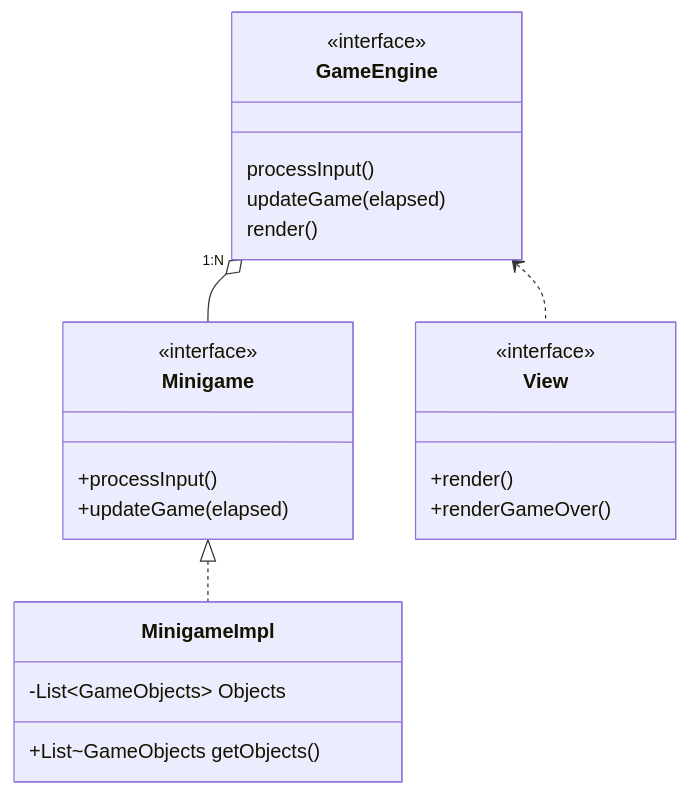
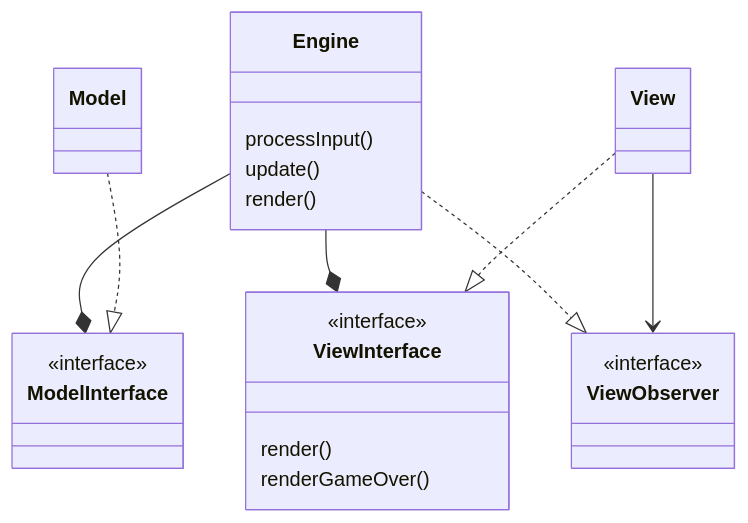
The diagram in documentation/diagrams/architecture.md (leo-tasso/OOP22-mtsk-game), drawn with Mermaid before and after one commit. The commit also changed 5 other files, not shown here.

Commit message:
Modified MVC UML & updated View

```diff
--- a/documentation/diagrams/architecture.md
+++ b/documentation/diagrams/architecture.md
@@ -1,27 +1,33 @@
 ::: mermaid
 classDiagram
-    GameEngine "1:N" o-- Minigame
-    Minigame <|.. MinigameImpl
-    GameEngine <.. View
-    class GameEngine{
+    Engine --* ModelInterface 
+    Engine --* ViewInterface 
+    Engine ..|> ViewObserver
+    View --> ViewObserver
+    View ..|> ViewInterface
+    Model ..|> ModelInterface
+
+    class Engine{
+    processInput()
+    update()
+    render()
+    }
+
+    class ViewInterface{
     <<interface>>
-        processInput()
-        updateGame(elapsed)
-        render()
+    render()
+    renderGameOver()
     }
-    class View{
+
+    class ModelInterface{
     <<interface>>
-    +render()
-    +renderGameOver()
     }
-    
-    class Minigame {
+
+    class ViewInterface{
     <<interface>>
-    +processInput()
-    +updateGame(elapsed)
     }
-    class MinigameImpl {
-    -List~GameObjects~ Objects
-    +List~GameObjects getObjects()
+
+    class ViewObserver{
+    <<interface>>
     }
 :::
```
